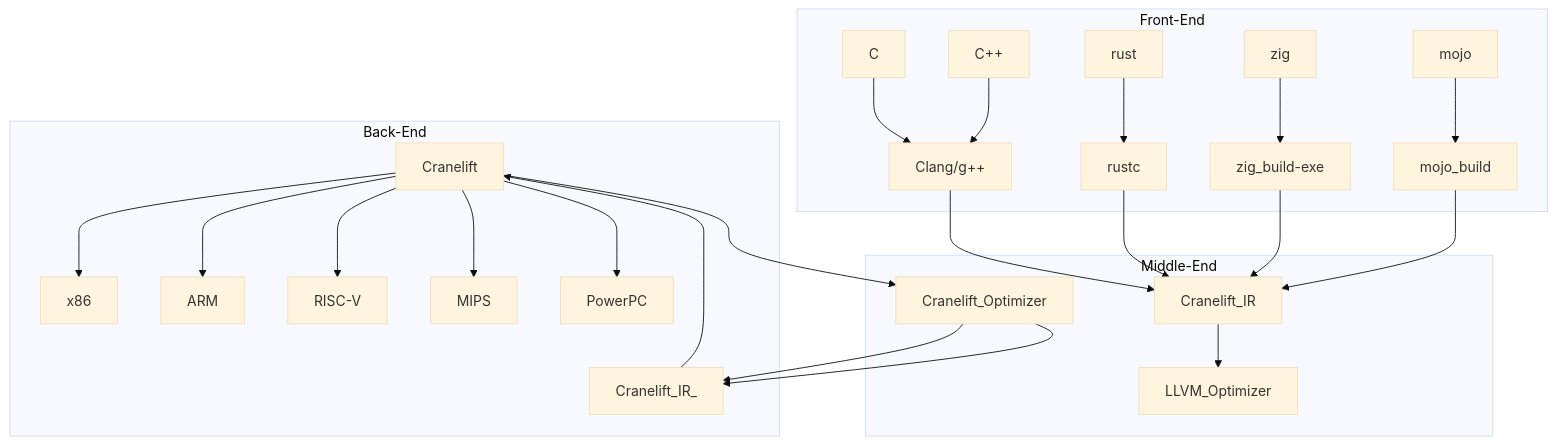
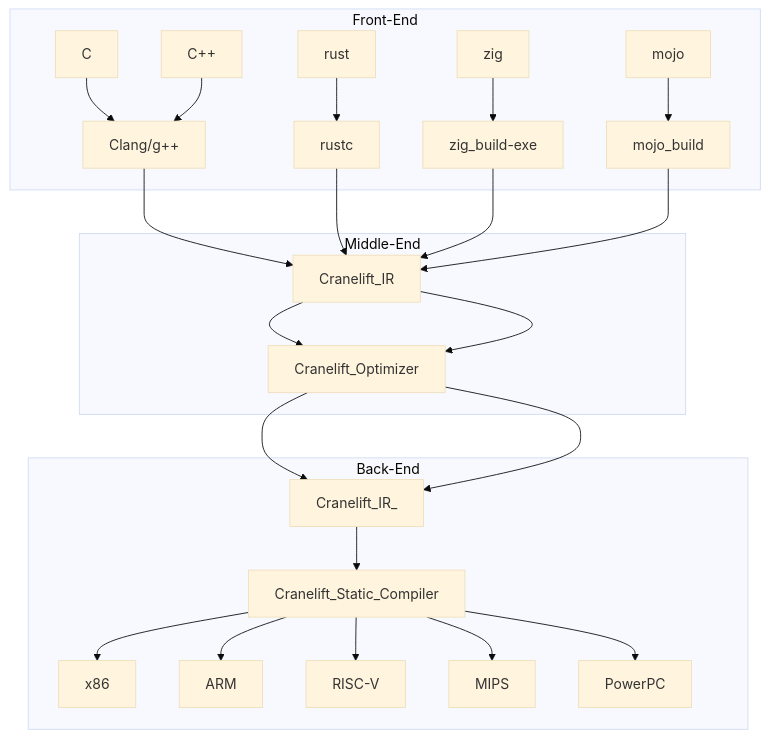
Before and after one commit to YoungHaKim7/rust_release: the second of 2 diagrams in 06_LLVM/README.md, drawn with Mermaid (base theme). The commit also changed other lines of this file, not shown here.

Commit message:
Cranelift과정 그림으로 이해

````diff
--- a/06_LLVM/README.md
+++ b/06_LLVM/README.md
@@ -138,23 +142,23 @@
 ```mermaid
 flowchart TB
-    Cranelift-->Cranelift_Optimizer
+    Cranelift_IR-->Cranelift_Optimizer
     Cranelift_Optimizer-->Cranelift_IR_
     subgraph Back-End
-    Cranelift_IR_-->Cranelift
-    Cranelift-->x86 & ARM & RISC-V & MIPS & PowerPC
+    Cranelift_IR_-->Cranelift_Static_Compiler
+    Cranelift_Static_Compiler-->x86 & ARM & RISC-V & MIPS & PowerPC
     end
     subgraph Middle-End
-    Cranelift_IR-->LLVM_Optimizer
+    Cranelift_IR-->Cranelift_Optimizer
     Cranelift_Optimizer-->Cranelift_IR_
     end
     subgraph Front-End
     C & C++--> Clang/g++
     Clang/g++ --> Cranelift_IR
     rust --> rustc
     rustc --> Cranelift_IR
     zig--> zig_build-exe
     zig_build-exe --> Cranelift_IR
     mojo --> mojo_build
     mojo_build --> Cranelift_IR
     end
 ```
````
